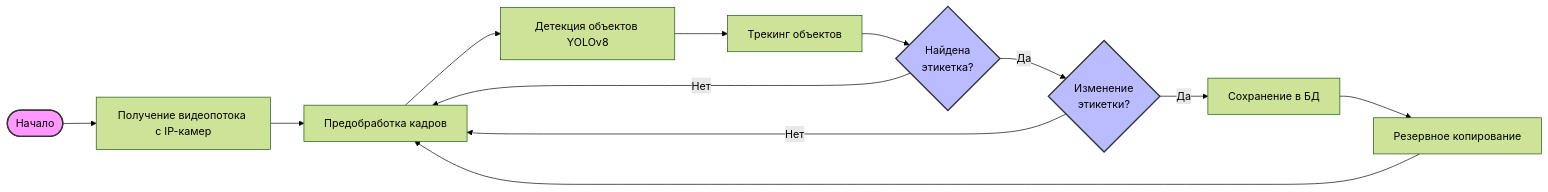
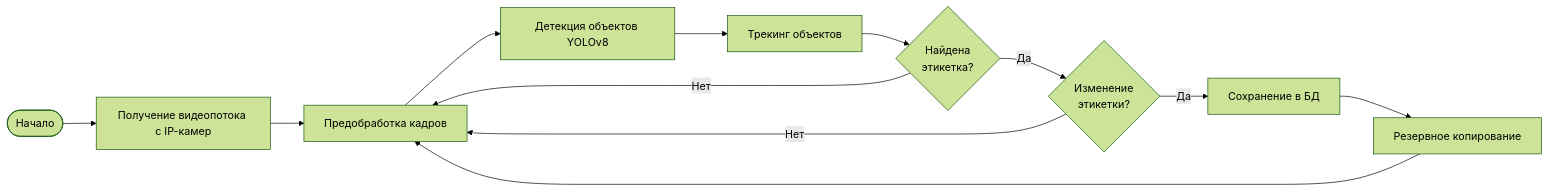
One commit to Butcher044/H2-Hibernate changed the first of 8 diagrams in README.md. Above: the diagram before and after it, drawn with Mermaid (forest theme).

````diff
--- a/README.md
+++ b/README.md
@@ -76,17 +76,14 @@
 ```mermaid
 flowchart LR
     A([Начало]) --> B[Получение видеопотока с IP-камер]
     B --> C[Предобработка кадров]
     C --> D[Детекция объектов YOLOv8]
     D --> E[Трекинг объектов]
     E --> F{Найдена\nэтикетка?}
     F -- Нет --> C
     F -- Да --> G{Изменение\nэтикетки?}
     G -- Нет --> C
     G -- Да --> H[Сохранение в БД]
     H --> I[Резервное копирование]
     I --> C
-    style A fill:#f9f,stroke:#333,stroke-width:2px
-    style F fill:#bbf,stroke:#333,stroke-width:2px
-    style G fill:#bbf,stroke:#333,stroke-width:2px
 ```
````
